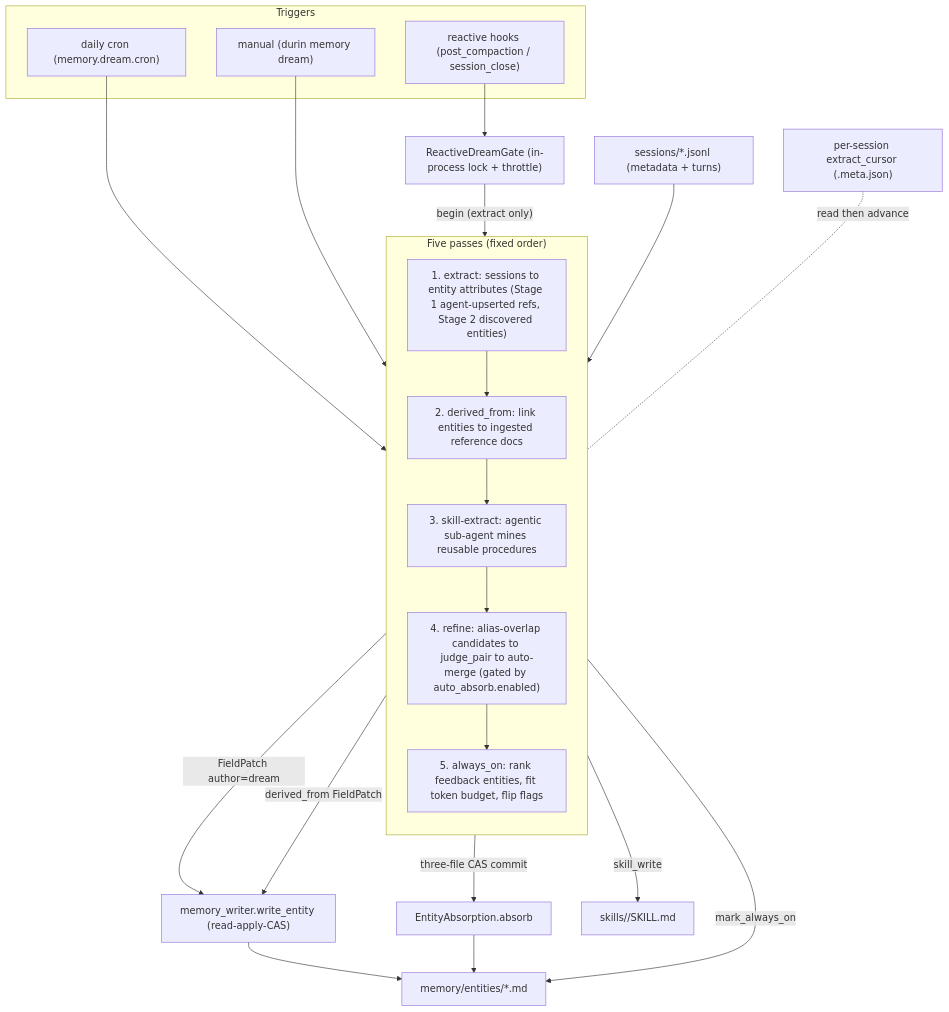
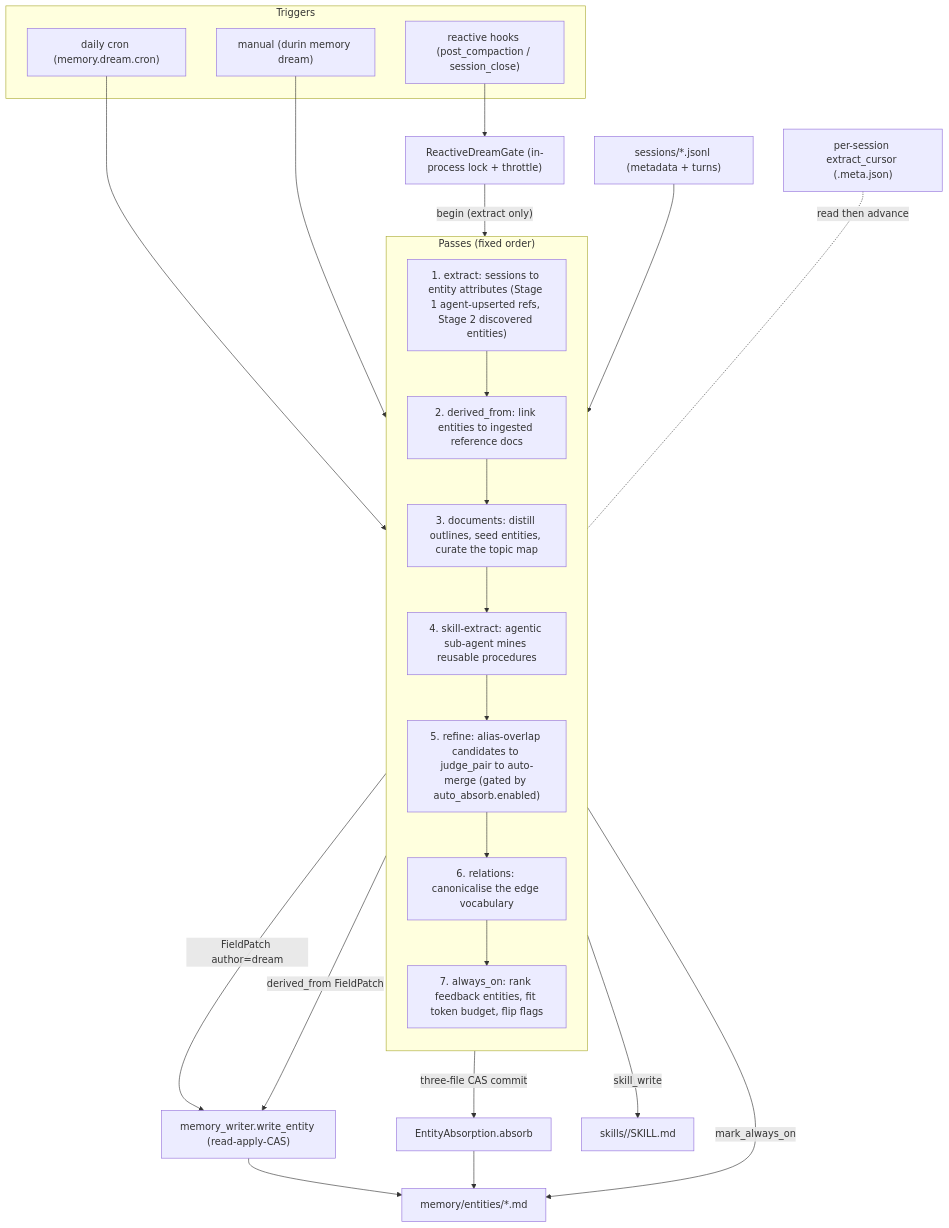
One commit to mmarmol/durin changed the diagram in docs/internals/memory/05_dream_cold_path.md. Above: the diagram before and after it, drawn with Mermaid. The commit also changed other lines of this file and 31 other files, not shown here.

````diff
--- a/docs/internals/memory/05_dream_cold_path.md
+++ b/docs/internals/memory/05_dream_cold_path.md
@@ -64,36 +66,38 @@
 ```mermaid
 flowchart TD
     subgraph Triggers
         CRON["daily cron (memory.dream.cron)"]
         REACT["reactive hooks (post_compaction / session_close)"]
         MANUAL["manual (durin memory dream)"]
     end
 
     GATE["ReactiveDreamGate (in-process lock + throttle)"]
     REACT --> GATE
 
-    subgraph Passes["Five passes (fixed order)"]
+    subgraph Passes["Passes (fixed order)"]
         direction TB
         EX["1. extract: sessions to entity attributes (Stage 1 agent-upserted refs, Stage 2 discovered entities)"]
         DF["2. derived_from: link entities to ingested reference docs"]
-        SK["3. skill-extract: agentic sub-agent mines reusable procedures"]
-        RF["4. refine: alias-overlap candidates to judge_pair to auto-merge (gated by auto_absorb.enabled)"]
-        AO["5. always_on: rank feedback entities, fit token budget, flip flags"]
-        EX --> DF --> SK --> RF --> AO
+        DOC["3. documents: distill outlines, seed entities, curate the topic map"]
+        SK["4. skill-extract: agentic sub-agent mines reusable procedures"]
+        RF["5. refine: alias-overlap candidates to judge_pair to auto-merge (gated by auto_absorb.enabled)"]
+        REL["6. relations: canonicalise the edge vocabulary"]
+        AO["7. always_on: rank feedback entities, fit token budget, flip flags"]
+        EX --> DF --> DOC --> SK --> RF --> REL --> AO
     end
 
     CRON --> EX
     MANUAL --> EX
     GATE -->|"begin (extract only)"| EX
 
     SESS["sessions/*.jsonl (metadata + turns)"] --> EX
     CURSOR["per-session extract_cursor (.meta.json)"] -. "read then advance" .- EX
 
     EX -->|"FieldPatch author=dream"| WRITER["memory_writer.write_entity (read-apply-CAS)"]
     DF -->|"derived_from FieldPatch"| WRITER
     RF -->|"three-file CAS commit"| ABSORB["EntityAbsorption.absorb"]
     WRITER --> PAGES["memory/entities/*.md"]
     ABSORB --> PAGES
     SK -->|"skill_write"| SKILLS["skills/<name>/SKILL.md"]
     AO -->|"mark_always_on"| PAGES
 ```
````
